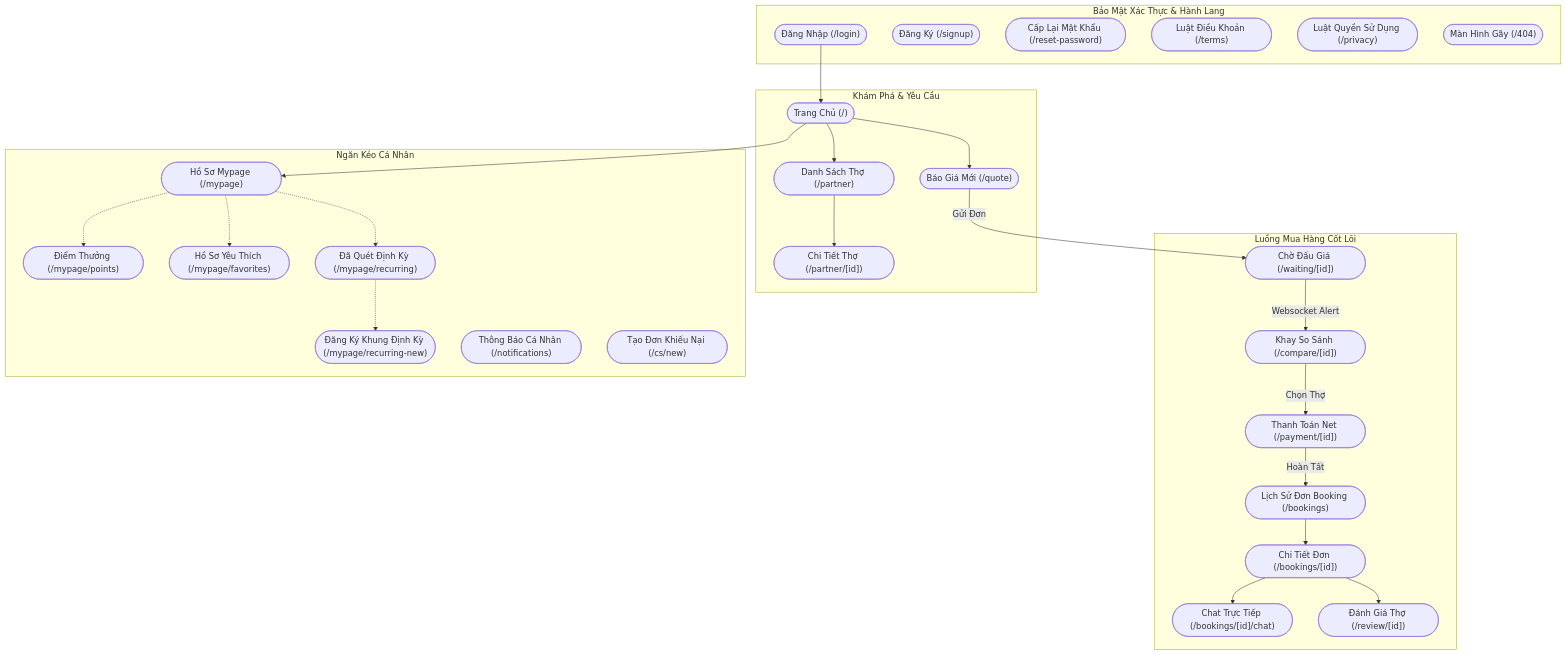
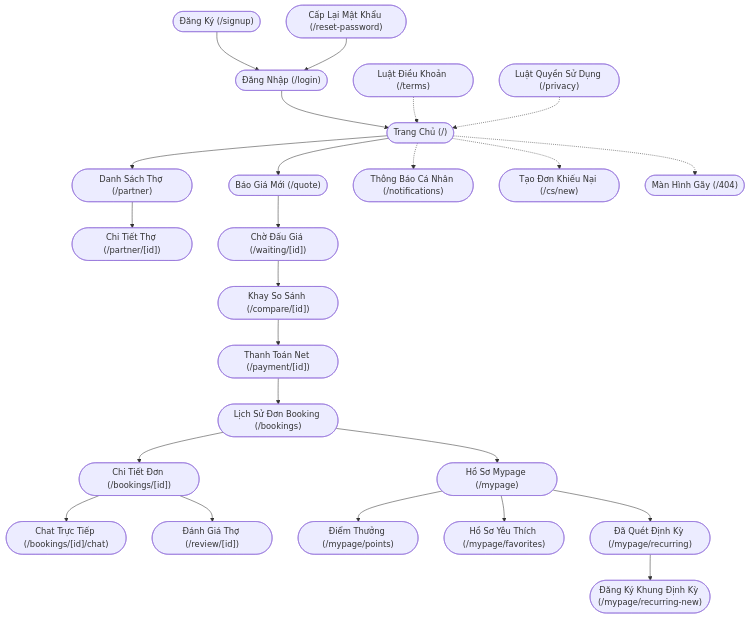
The diagram in Analysis/08_User_Flow_Vector_Diagrams_VI/01_Khach_Hang_Customer.md (oniiyachan/analysis), drawn with Mermaid before and after one commit. The commit also changed 6 other files, not shown here.

````diff
--- a/Analysis/08_User_Flow_Vector_Diagrams_VI/01_Khach_Hang_Customer.md
+++ b/Analysis/08_User_Flow_Vector_Diagrams_VI/01_Khach_Hang_Customer.md
@@ -4,46 +4,35 @@
 ```mermaid
 graph TD
+    %% Khối Auth & Pháp Lý
+    L2(["Đăng Ký (/signup)"]) --> L1(["Đăng Nhập (/login)"])
+    L3(["Cấp Lại Mật Khẩu (/reset-password)"]) --> L1
+    
     %% Khối Khám Phá
-    subgraph Discovery [Khám Phá & Yêu Cầu]
-        H(["Trang Chủ (/)"]) --> Q(["Báo Giá Mới (/quote)"])
-        H --> P1(["Danh Sách Thợ (/partner)"])
-        P1 --> P2(["Chi Tiết Thợ (/partner/[id])"])
-    end
+    L1 --> H(["Trang Chủ (/)"])
+    H --> Q(["Báo Giá Mới (/quote)"])
+    H --> P1(["Danh Sách Thợ (/partner)"])
+    P1 --> P2(["Chi Tiết Thợ (/partner/[id])"])
 
     %% Khối Lõi Thực Thi
-    subgraph Core_Funnel [Luồng Mua Hàng Cốt Lõi]
-        Q -->|Gửi Đơn| W(["Chờ Đấu Giá (/waiting/[id])"])
-        W -->|Websocket Alert| C(["Khay So Sánh (/compare/[id])"])
-        C -->|Chọn Thợ| P(["Thanh Toán Net (/payment/[id])"])
-        P -->|Hoàn Tất| B1(["Lịch Sử Đơn Booking (/bookings)"])
-        B1 --> B2(["Chi Tiết Đơn (/bookings/[id])"])
-        B2 --> B3(["Chat Trực Tiếp (/bookings/[id]/chat)"])
-        B2 --> R(["Đánh Giá Thợ (/review/[id])"])
-    end
+    Q --> W(["Chờ Đấu Giá (/waiting/[id])"])
+    W --> C(["Khay So Sánh (/compare/[id])"])
+    C --> P(["Thanh Toán Net (/payment/[id])"])
+    P --> B1(["Lịch Sử Đơn Booking (/bookings)"])
+    B1 --> B2(["Chi Tiết Đơn (/bookings/[id])"])
+    B2 --> B3(["Chat Trực Tiếp (/bookings/[id]/chat)"])
+    B2 --> R(["Đánh Giá Thợ (/review/[id])"])
 
     %% Khối Quản Trị Khách
-    subgraph My_Page [Ngăn Kéo Cá Nhân]
-        M1(["Hồ Sơ Mypage (/mypage)"])
-        M2(["Điểm Thưởng (/mypage/points)"])
-        M3(["Hồ Sơ Yêu Thích (/mypage/favorites)"])
-        M4(["Đã Quét Định Kỳ (/mypage/recurring)"])
-        M5(["Đăng Ký Khung Định Kỳ (/mypage/recurring-new)"])
-        N1(["Thông Báo Cá Nhân (/notifications)"])
-        CS(["Tạo Đơn Khiếu Nại (/cs/new)"])
-    end
-
-    %% Khối Auth & Pháp Lý
-    subgraph Auth_Legal [Bảo Mật Xác Thực & Hành Lang]
-        L1(["Đăng Nhập (/login)"])
-        L2(["Đăng Ký (/signup)"])
-        L3(["Cấp Lại Mật Khẩu (/reset-password)"])
-        L4(["Luật Điều Khoản (/terms)"])
-        L5(["Luật Quyền Sử Dụng (/privacy)"])
-        L6(["Màn Hình Gãy (/404)"])
-    end
-
-    L1 --> H
-    H --> M1
-    M1 -.-> M2 & M3 & M4
-    M4 -.-> M5
+    B1 --> M1(["Hồ Sơ Mypage (/mypage)"])
+    M1 --> M2(["Điểm Thưởng (/mypage/points)"])
+    M1 --> M3(["Hồ Sơ Yêu Thích (/mypage/favorites)"])
+    M1 --> M4(["Đã Quét Định Kỳ (/mypage/recurring)"])
+    M4 --> M5(["Đăng Ký Khung Định Kỳ (/mypage/recurring-new)"])
+    
+    %% Hỗ Trợ Rời Rạc
+    H -.-> N1(["Thông Báo Cá Nhân (/notifications)"])
+    H -.-> CS(["Tạo Đơn Khiếu Nại (/cs/new)"])
+    H -.-> L6(["Màn Hình Gãy (/404)"])
+    L4(["Luật Điều Khoản (/terms)"]) -.-> H
+    L5(["Luật Quyền Sử Dụng (/privacy)"]) -.-> H
 ```
````
